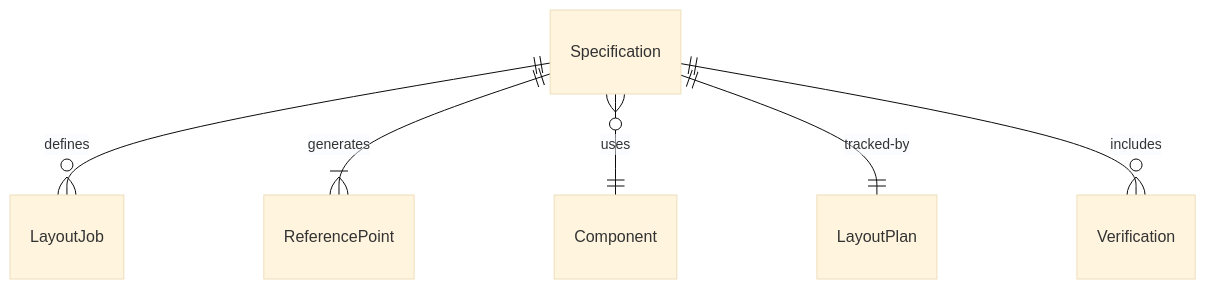
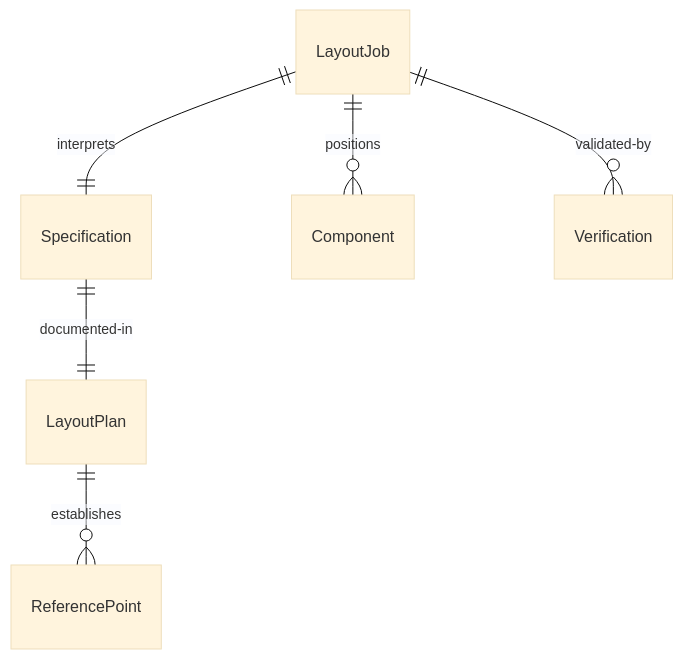
One commit to dot-org-ai/tasks.org.ai changed the first of 4 diagrams in HandlingAndMovingObjects/PositionMaterialsOrComponentsForAssembly/LayOutWorkAccordingSpecifications.mdx. Above: the diagram before and after it, drawn with Mermaid (base theme). The commit also changed other lines of this file and 515 other files, not shown here.

````diff
--- a/HandlingAndMovingObjects/PositionMaterialsOrComponentsForAssembly/LayOutWorkAccordingSpecifications.mdx
+++ b/HandlingAndMovingObjects/PositionMaterialsOrComponentsForAssembly/LayOutWorkAccordingSpecifications.mdx
@@ -88,8 +88,8 @@
 ```mermaid
 erDiagram
-    Specification ||--o{ LayoutJob : "defines"
-    Specification ||--|{ ReferencePoint : "generates"
-    Specification }o--|| Component : "uses"
-    Specification ||--|| LayoutPlan : "tracked-by"
-    Specification ||--o{ Verification : "includes"
+    Specification ||--|| LayoutPlan : "documented-in"
+    LayoutPlan ||--o{ ReferencePoint : "establishes"
+    LayoutJob ||--|| Specification : "interprets"
+    LayoutJob ||--o{ Component : "positions"
+    LayoutJob ||--o{ Verification : "validated-by"
 ```
````
